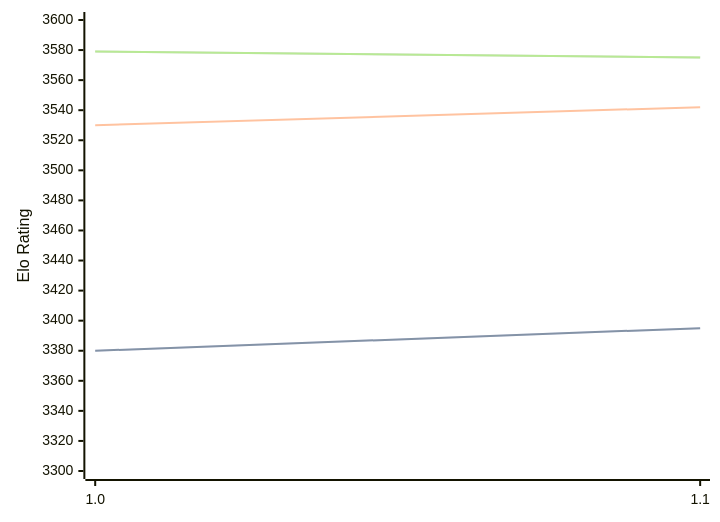
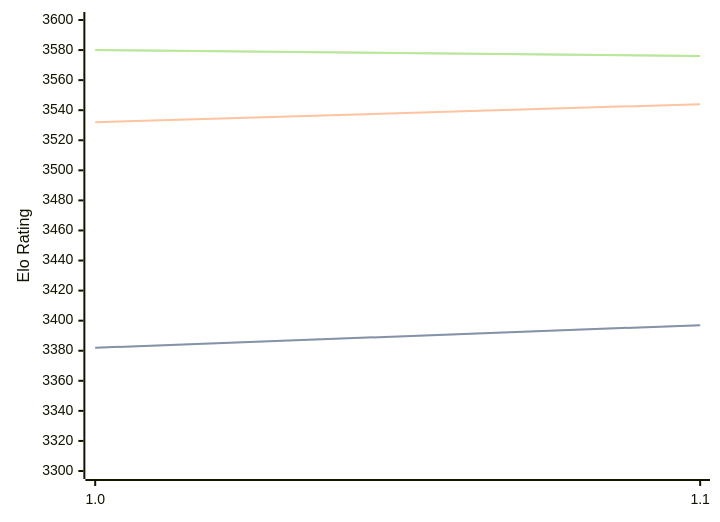
Before and after one commit to computer-chess-index/cci: the diagram in engines/Horsie.md, drawn with Mermaid. The commit also changed other lines of this file, not shown here.

Commit message:
Update CCI Ratings (ELO VLTC) - 2026-05-06

````diff
--- a/engines/Horsie.md
+++ b/engines/Horsie.md
@@ -32,11 +32,11 @@
 ```mermaid
 %%{init: {"theme":"base","themeVariables":{"seriesColors:['#a3a3a3','#222221','#faa371']}}}%%
 xychart-beta
   x-axis ["1.0", "1.1"]
   y-axis "Elo Rating" 3300 --> 3600
-  line "STC (8.0+0.08s)" [3380, 3395]
-  line "STC (8.0+0.08s)" [3380, 3395]
-  line "LTC (60.0+0.60s)" [3530, 3542]
-  line "VLTC (2m24s+1.12s)" [3579, 3575]
-  line "VLTC (2m24s+1.12s)" [3579, 3575]
+  line "STC (8.0+0.08s)" [3382, 3397]
+  line "STC (8.0+0.08s)" [3382, 3397]
+  line "LTC (60.0+0.60s)" [3532, 3544]
+  line "VLTC (2m24s+1.12s)" [3580, 3576]
+  line "VLTC (2m24s+1.12s)" [3580, 3576]
 ```
````
